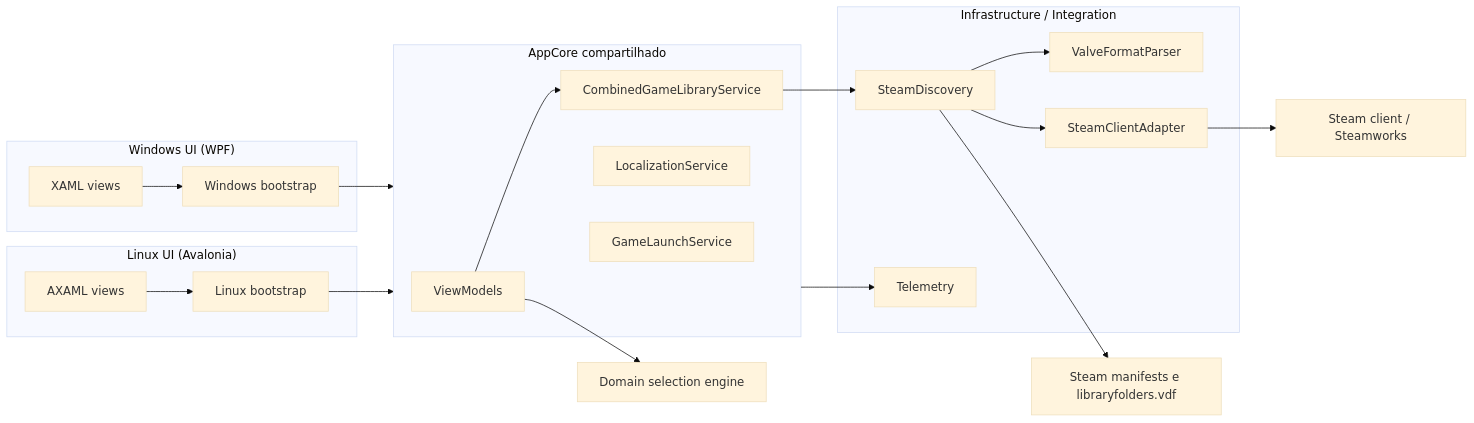
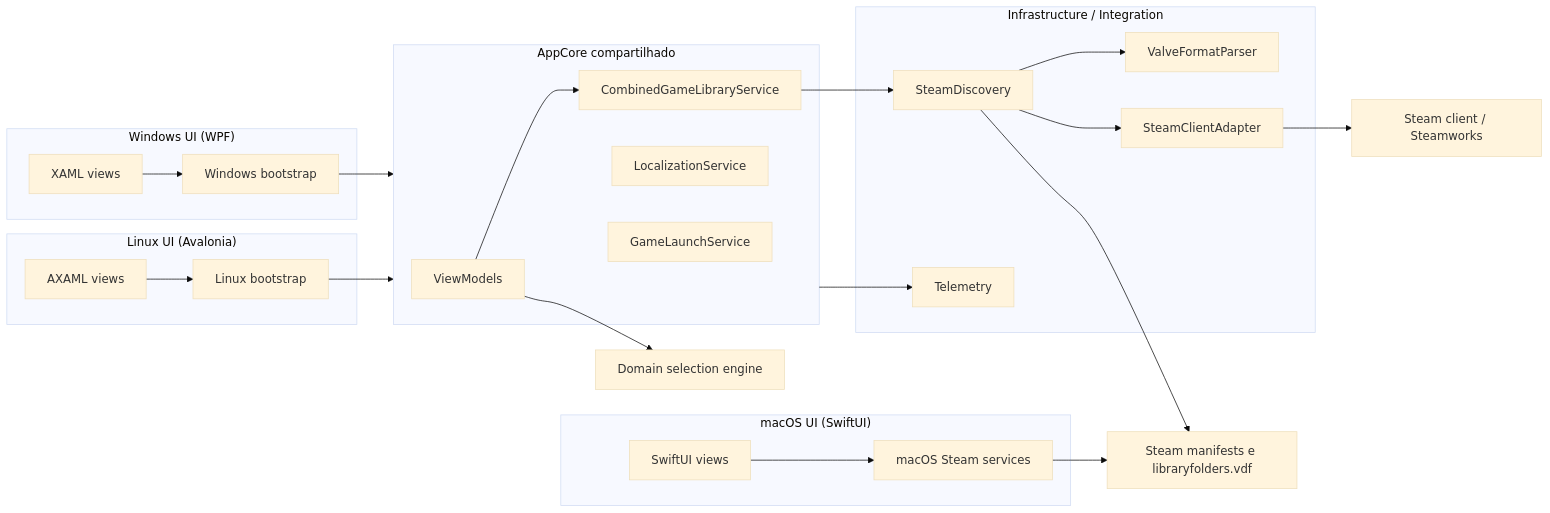
Before and after one commit to Jpkovas/SteamBacklogPicker: the diagram in docs/architecture.md, drawn with Mermaid (base theme). The commit also changed other lines of this file and 41 other files, not shown here.

````diff
--- a/docs/architecture.md
+++ b/docs/architecture.md
@@ -13,41 +14,48 @@
 ```mermaid
 flowchart LR
     subgraph Windows["Windows UI (WPF)"]
         WpfView["XAML views"]
         WpfBootstrap["Windows bootstrap"]
     end
 
     subgraph Linux["Linux UI (Avalonia)"]
         LinuxView["AXAML views"]
         LinuxBootstrap["Linux bootstrap"]
+    end
+
+    subgraph Mac["macOS UI (SwiftUI)"]
+        MacView["SwiftUI views"]
+        MacServices["macOS Steam services"]
     end
 
     subgraph AppCore["AppCore compartilhado"]
         ViewModels["ViewModels"]
         LibraryService["CombinedGameLibraryService"]
         Localization["LocalizationService"]
         Launch["GameLaunchService"]
     end
 
     subgraph Infrastructure["Infrastructure / Integration"]
         Discovery["SteamDiscovery"]
         Parser["ValveFormatParser"]
         Adapter["SteamClientAdapter"]
         Telemetry["Telemetry"]
     end
 
     Domain["Domain selection engine"]
     SteamFiles["Steam manifests e libraryfolders.vdf"]
     SteamClient["Steam client / Steamworks"]
 
     WpfView --> WpfBootstrap --> AppCore
     LinuxView --> LinuxBootstrap --> AppCore
+    MacView --> MacServices
+    MacServices --> SteamFiles
     ViewModels --> Domain
     ViewModels --> LibraryService
     LibraryService --> Discovery
     Discovery --> Parser
     Discovery --> SteamFiles
     Discovery --> Adapter
     Adapter --> SteamClient
     AppCore --> Telemetry
 ```
````
